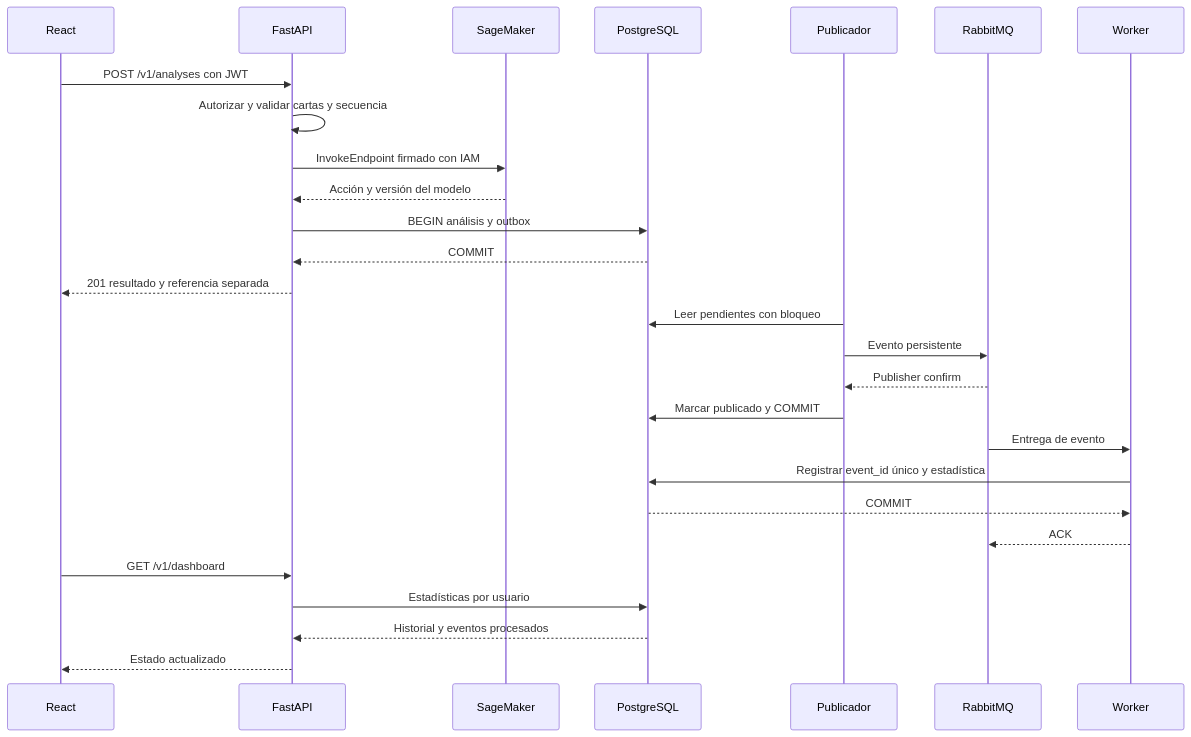
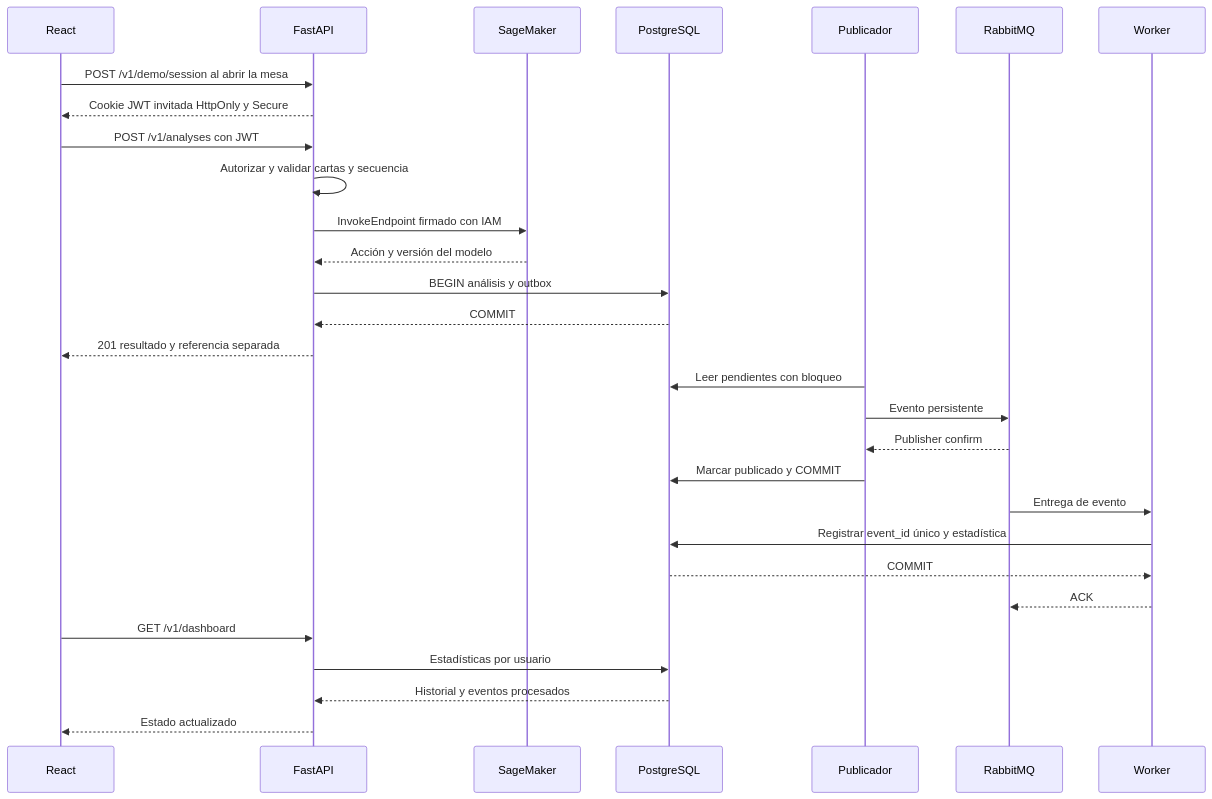
Before and after one commit to vicenteehueichapan-boop/ep3-preflop-sixmax: the second of 2 diagrams in docs/ARQUITECTURA.md, drawn with Mermaid. The commit also changed 12 other files, not shown here.

````diff
--- a/docs/ARQUITECTURA.md
+++ b/docs/ARQUITECTURA.md
@@ -21,29 +21,31 @@
 ```mermaid
 sequenceDiagram
  participant UI as React
  participant API as FastAPI
  participant ML as SageMaker
  participant DB as PostgreSQL
  participant PUB as Publicador
  participant MQ as RabbitMQ
  participant W as Worker
+ UI->>API: POST /v1/demo/session al abrir la mesa
+ API-->>UI: Cookie JWT invitada HttpOnly y Secure
  UI->>API: POST /v1/analyses con JWT
  API->>API: Autorizar y validar cartas y secuencia
  API->>ML: InvokeEndpoint firmado con IAM
  ML-->>API: Acción y versión del modelo
  API->>DB: BEGIN análisis y outbox
  DB-->>API: COMMIT
  API-->>UI: 201 resultado y referencia separada
  PUB->>DB: Leer pendientes con bloqueo
  PUB->>MQ: Evento persistente
  MQ-->>PUB: Publisher confirm
  PUB->>DB: Marcar publicado y COMMIT
  MQ->>W: Entrega de evento
  W->>DB: Registrar event_id único y estadística
  DB-->>W: COMMIT
  W-->>MQ: ACK
  UI->>API: GET /v1/dashboard
  API->>DB: Estadísticas por usuario
  DB-->>API: Historial y eventos procesados
  API-->>UI: Estado actualizado
 ```
````
